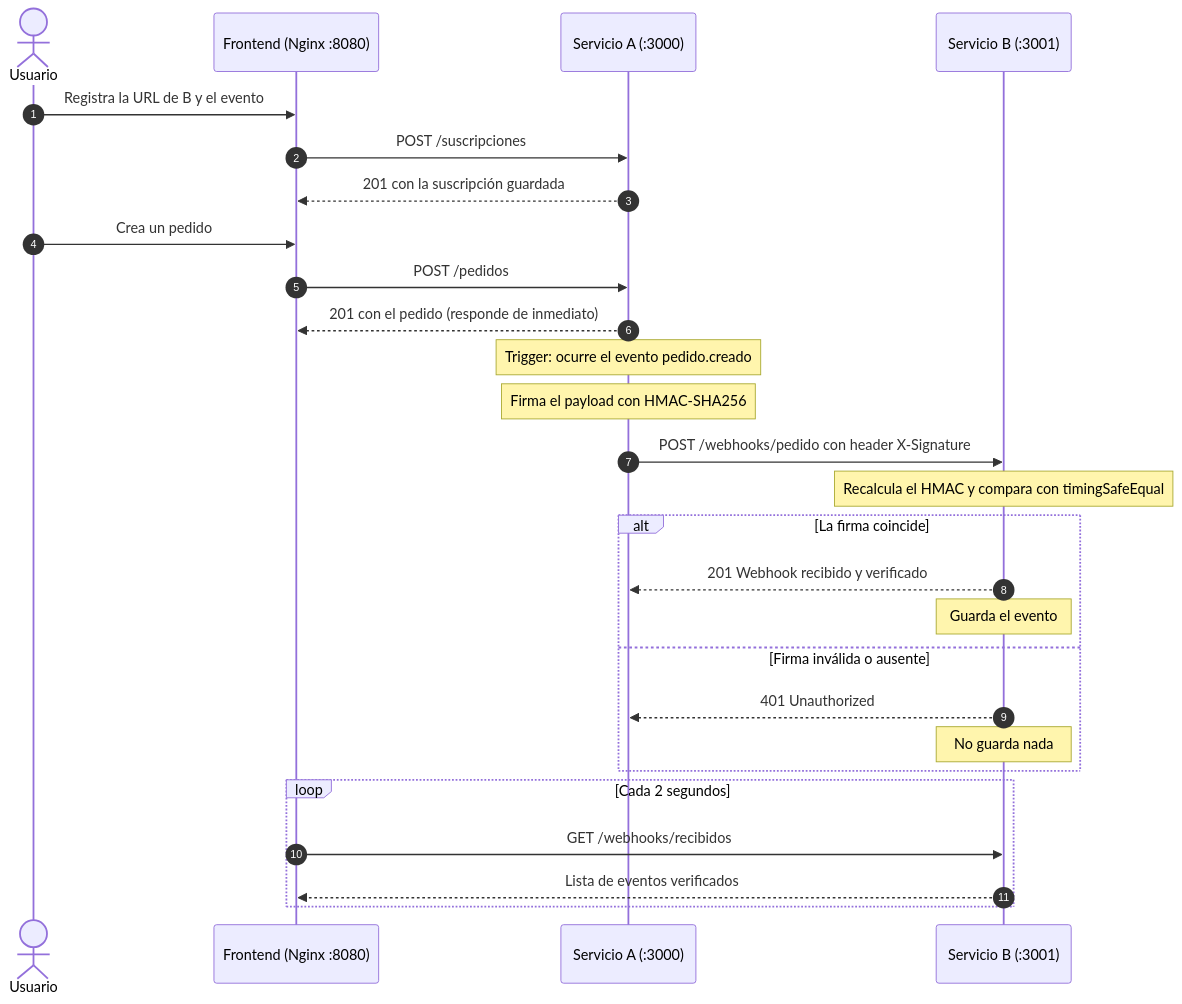
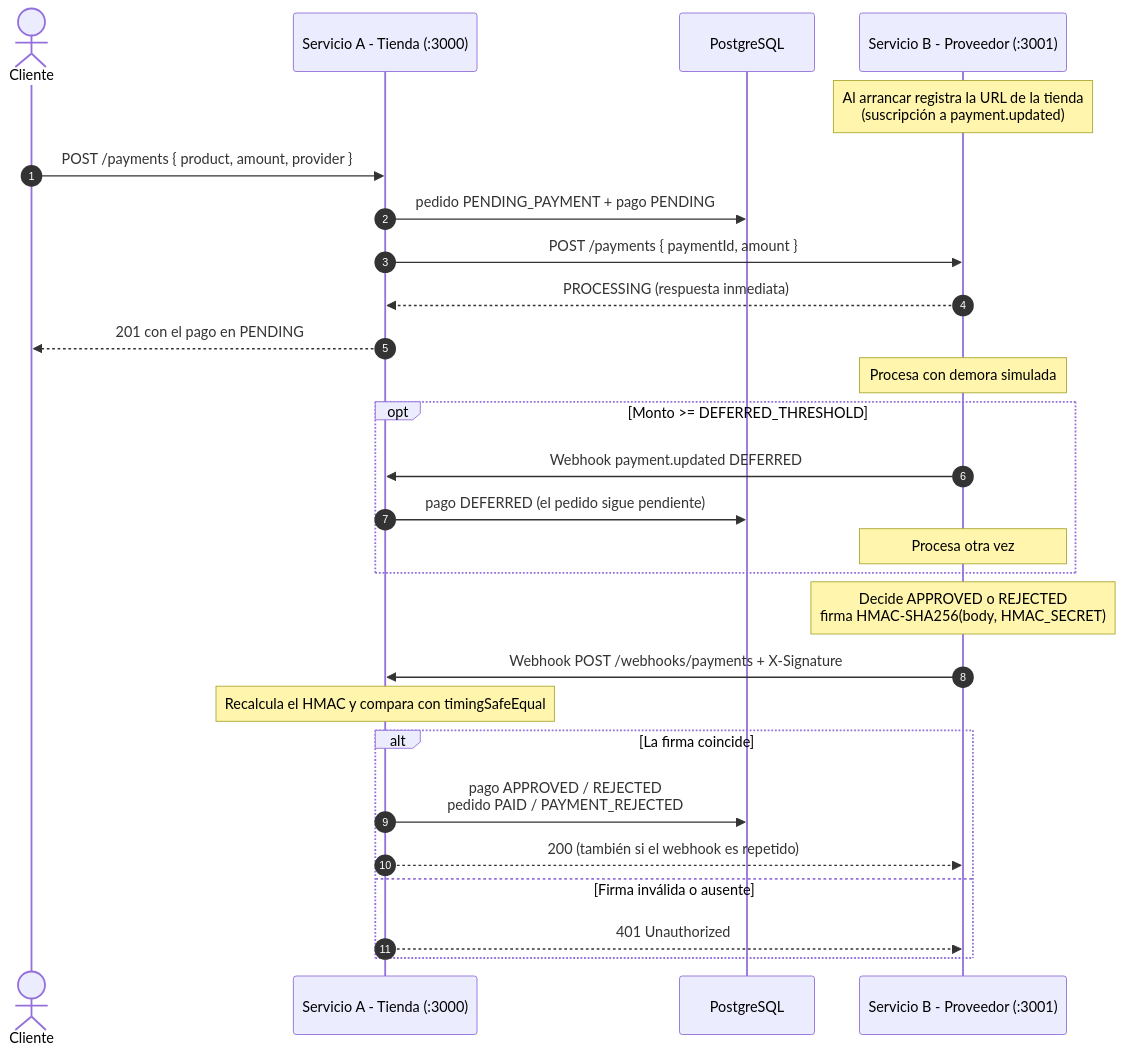
The second of 2 diagrams in README.md (Camilo-FG/investigacion-webhooks-infra-), drawn with Mermaid before and after one commit. The commit also changed other lines of this file and 4 other files, not shown here.

````diff
--- a/README.md
+++ b/README.md
@@ -42,30 +42,30 @@
 ```mermaid
 sequenceDiagram
     autonumber
-    actor U as Usuario
-    participant F as Frontend (Nginx :8080)
-    participant A as Servicio A (:3000)
-    participant B as Servicio B (:3001)
+    actor U as Cliente
+    participant A as Servicio A - Tienda (:3000)
+    participant DB as PostgreSQL
+    participant B as Servicio B - Proveedor (:3001)
 
-    U->>F: Registra la URL de B y el evento
-    F->>A: POST /suscripciones
-    A-->>F: 201 con la suscripción guardada
-    U->>F: Crea un pedido
-    F->>A: POST /pedidos
-    A-->>F: 201 con el pedido (responde de inmediato)
-    Note over A: Trigger: ocurre el evento pedido.creado
-    Note over A: Firma el payload con HMAC-SHA256
-    A->>B: POST /webhooks/pedido con header X-Signature
-    Note over B: Recalcula el HMAC y compara con timingSafeEqual
+    Note over B: Al arrancar registra la URL de la tienda<br/>(suscripción a payment.updated)
+    U->>A: POST /payments { product, amount, provider }
+    A->>DB: pedido PENDING_PAYMENT + pago PENDING
+    A->>B: POST /payments { paymentId, amount }
+    B-->>A: PROCESSING (respuesta inmediata)
+    A-->>U: 201 con el pago en PENDING
+    Note over B: Procesa con demora simulada
+    opt Monto >= DEFERRED_THRESHOLD
+        B->>A: Webhook payment.updated DEFERRED
+        A->>DB: pago DEFERRED (el pedido sigue pendiente)
+        Note over B: Procesa otra vez
+    end
+    Note over B: Decide APPROVED o REJECTED<br/>firma HMAC-SHA256(body, HMAC_SECRET)
+    B->>A: Webhook POST /webhooks/payments + X-Signature
+    Note over A: Recalcula el HMAC y compara con timingSafeEqual
     alt La firma coincide
-        B-->>A: 201 Webhook recibido y verificado
-        Note over B: Guarda el evento
+        A->>DB: pago APPROVED / REJECTED<br/>pedido PAID / PAYMENT_REJECTED
+        A-->>B: 200 (también si el webhook es repetido)
     else Firma inválida o ausente
-        B-->>A: 401 Unauthorized
-        Note over B: No guarda nada
-    end
-    loop Cada 2 segundos
-        F->>B: GET /webhooks/recibidos
-        B-->>F: Lista de eventos verificados
+        A-->>B: 401 Unauthorized
     end
 ```
````
